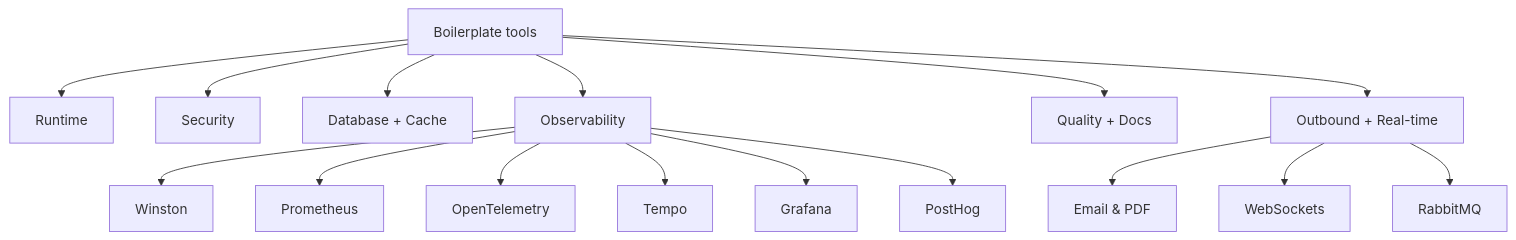
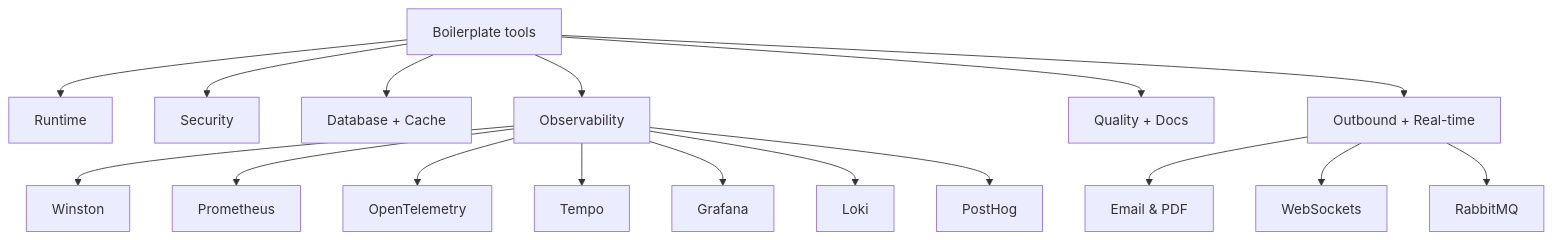
The diagram in docs/tools/index.md (Guebbit/boilerplate-node-backend), drawn with Mermaid before and after one commit. The commit also changed other lines of this file and 15 other files, not shown here.

````diff
--- a/docs/tools/index.md
+++ b/docs/tools/index.md
@@ -9,20 +9,21 @@
 ```mermaid
 flowchart TD
     A[Boilerplate tools] --> B[Runtime]
     A --> C[Security]
     A --> D[Database + Cache]
     A --> E[Observability]
     A --> F[Quality + Docs]
     A --> G[Outbound + Real-time]
 
     E --> E1[Winston]
     E --> E2[Prometheus]
     E --> E3[OpenTelemetry]
     E --> E4[Tempo]
     E --> E5[Grafana]
-    E --> E6[PostHog]
+    E --> E6[Loki]
+    E --> E7[PostHog]
 
     G --> G1[Email & PDF]
     G --> G2[WebSockets]
     G --> G3[RabbitMQ]
 ```
````
